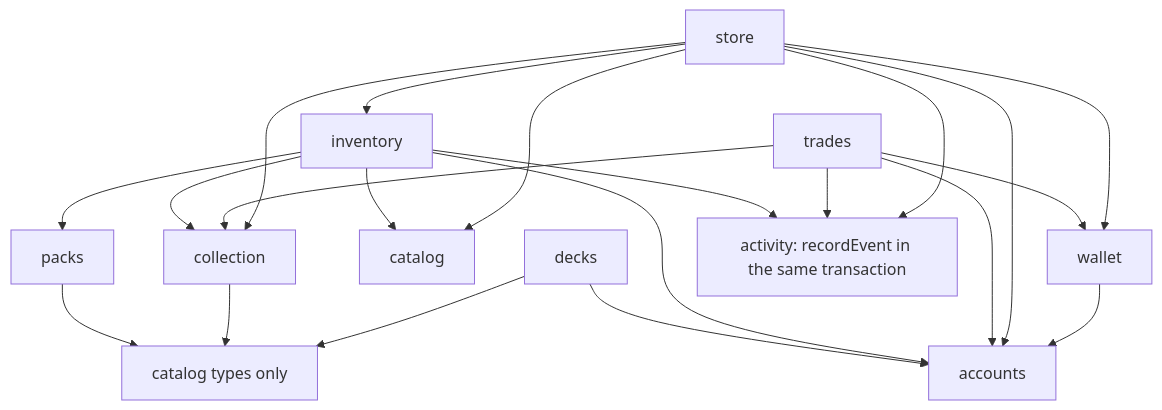
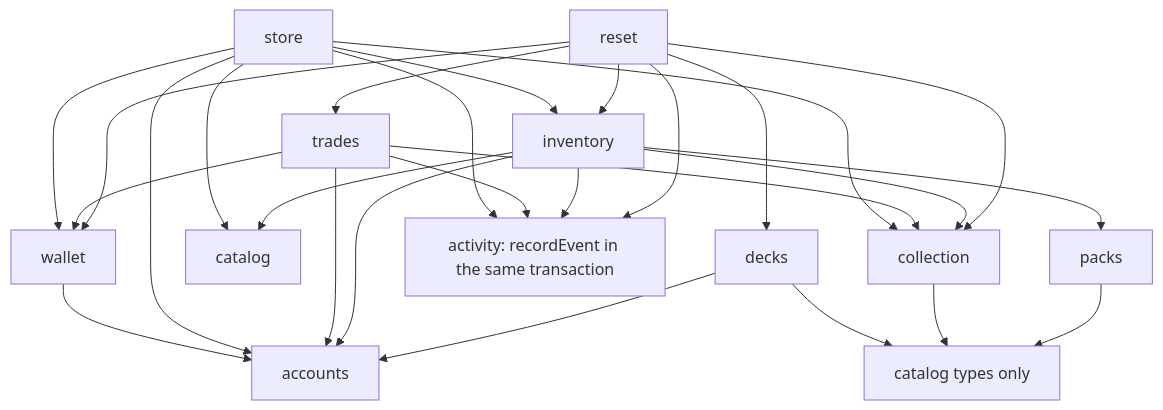
One commit to jstehn/proxy-library changed the second of 4 diagrams in docs/architecture/overview.md. Above: the diagram before and after it, drawn with Mermaid. The commit also changed other lines of this file and 46 other files, not shown here.

````diff
--- a/docs/architecture/overview.md
+++ b/docs/architecture/overview.md
@@ -62,12 +63,13 @@
 ```mermaid
 flowchart TD
   store --> wallet & inventory & collection & catalog
   trades --> wallet & collection
   inventory --> packs & collection & catalog
   decks --> catalog_types
   collection --> catalog_types
   packs --> catalog_types[catalog types only]
   wallet --> accounts
   store & trades & inventory & decks --> accounts
   store & trades & inventory --> activity[activity: recordEvent in the same transaction]
+  reset --> trades & wallet & inventory & collection & decks & activity
 ```
````
